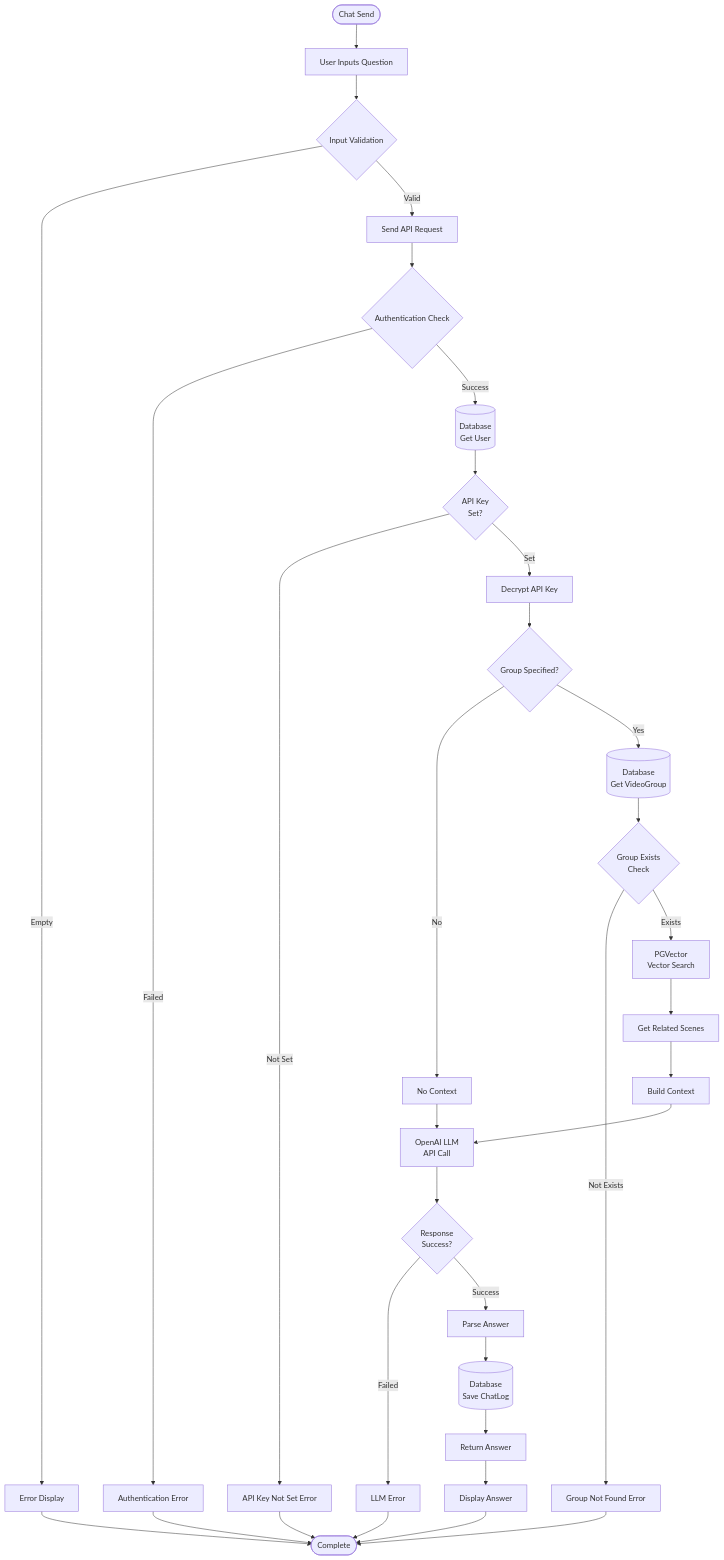
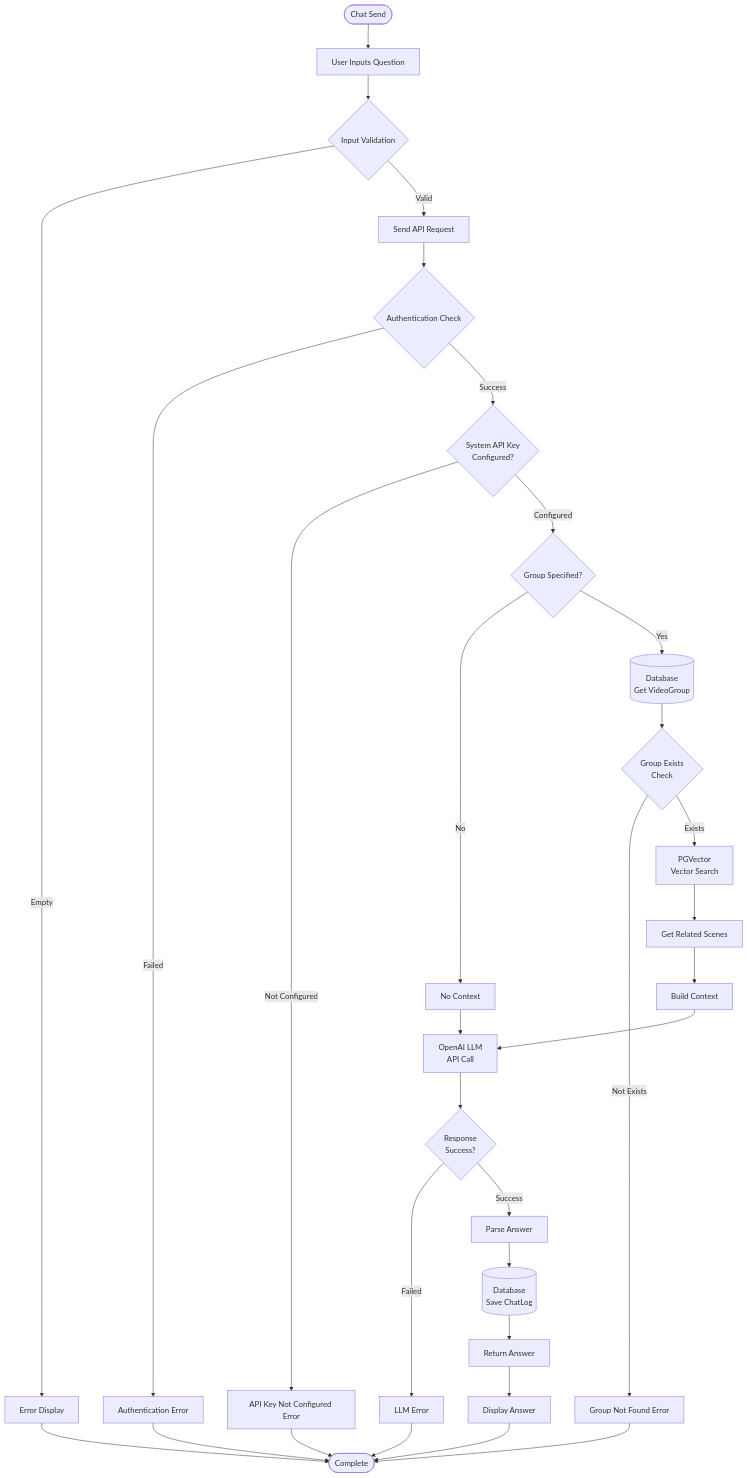
One commit to yukiharada1228/videoq changed the second of 6 diagrams in docs/architecture/flowchart.md. Above: the diagram before and after it, drawn with Mermaid. The commit also changed 13 other files, not shown here.

````diff
--- a/docs/architecture/flowchart.md
+++ b/docs/architecture/flowchart.md
@@ -52,36 +52,34 @@
 ```mermaid
 flowchart TD
     Start([Chat Send]) --> Input[User Inputs Question]
     Input --> Validate1{Input Validation}
     Validate1 -->|Empty| Error1[Error Display]
     Validate1 -->|Valid| Send[Send API Request]
     Send --> Auth{Authentication Check}
     Auth -->|Failed| Error2[Authentication Error]
-    Auth -->|Success| GetUser[(Database<br/>Get User)]
-    GetUser --> CheckAPIKey{API Key<br/>Set?}
-    CheckAPIKey -->|Not Set| Error3[API Key Not Set Error]
-    CheckAPIKey -->|Set| Decrypt[Decrypt API Key]
-    Decrypt --> CheckGroup{Group Specified?}
+    Auth -->|Success| CheckAPIKey{System API Key<br/>Configured?}
+    CheckAPIKey -->|Not Configured| Error3[API Key Not Configured Error]
+    CheckAPIKey -->|Configured| CheckGroup{Group Specified?}
     CheckGroup -->|No| NoContext[No Context]
     CheckGroup -->|Yes| GetGroup[(Database<br/>Get VideoGroup)]
     GetGroup --> ValidateGroup{Group Exists<br/>Check}
     ValidateGroup -->|Not Exists| Error4[Group Not Found Error]
     ValidateGroup -->|Exists| VectorSearch[PGVector<br/>Vector Search]
     VectorSearch --> GetScenes[Get Related Scenes]
     GetScenes --> BuildContext[Build Context]
     BuildContext --> CallLLM[OpenAI LLM<br/>API Call]
     NoContext --> CallLLM
     CallLLM --> CheckResponse{Response<br/>Success?}
     CheckResponse -->|Failed| Error5[LLM Error]
     CheckResponse -->|Success| ParseAnswer[Parse Answer]
     ParseAnswer --> SaveLog[(Database<br/>Save ChatLog)]
     SaveLog --> ReturnAnswer[Return Answer]
     ReturnAnswer --> Display[Display Answer]
     Display --> End([Complete])
     
     Error1 --> End
     Error2 --> End
     Error3 --> End
     Error4 --> End
     Error5 --> End
 ```
````
